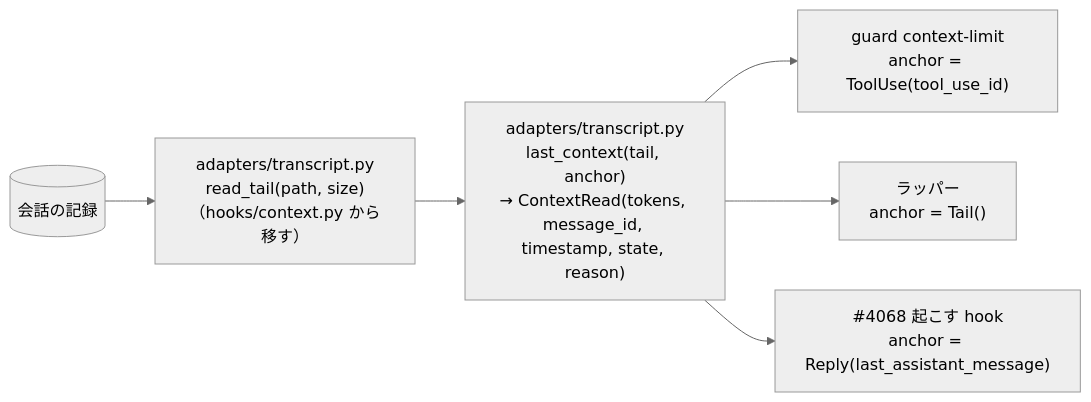
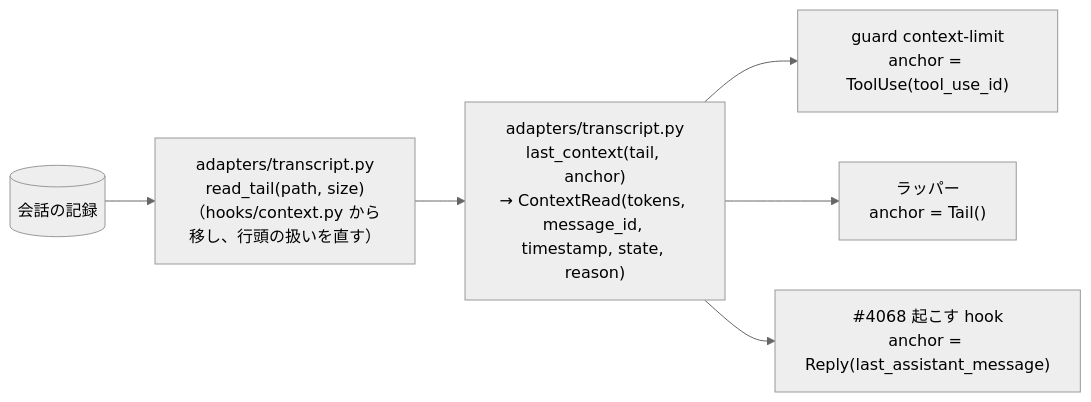
The second of 3 diagrams in issues/issue-4089-design.md (devbasex/ai-plugins), drawn with Mermaid (neutral theme) before and after one commit. The commit also changed other lines of this file and 2 other files, not shown here.

First line of the commit message:
Docs: #4089 の設計への cross-review の指摘を直す（guard の判定表・早い終わり・read_tail の行頭・採用行・#4068 の受け渡し・運用上限の性質・用語・測定の日時）

````diff
--- a/issues/issue-4089-design.md
+++ b/issues/issue-4089-design.md
@@ -40,13 +40,13 @@
 ```mermaid
 flowchart LR
   F[(会話の記録)]
-  RT["adapters/transcript.py<br/>read_tail(path, size)<br/>（hooks/context.py から移す）"]
+  RT["adapters/transcript.py<br/>read_tail(path, size)<br/>（hooks/context.py から移し、行頭の扱いを直す）"]
   R["adapters/transcript.py<br/>last_context(tail, anchor)<br/>→ ContextRead(tokens, message_id, timestamp, state, reason)"]
   G["guard context-limit<br/>anchor = ToolUse(tool_use_id)"]
   W["ラッパー<br/>anchor = Tail()"]
   K["#4068 起こす hook<br/>anchor = Reply(last_assistant_message)"]
   F --> RT --> R
   R --> G
   R --> W
   R --> K
 ```
````
